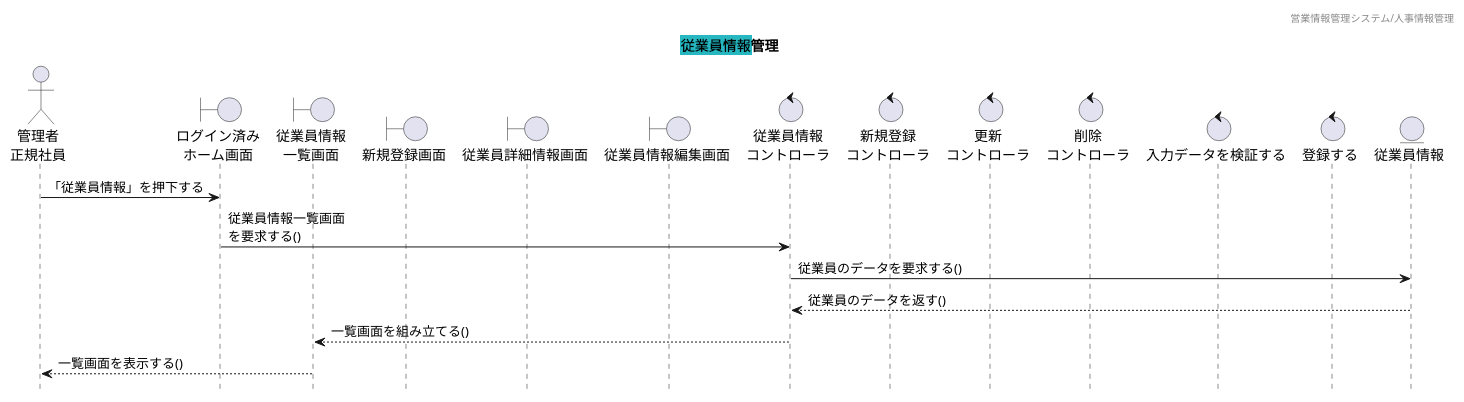
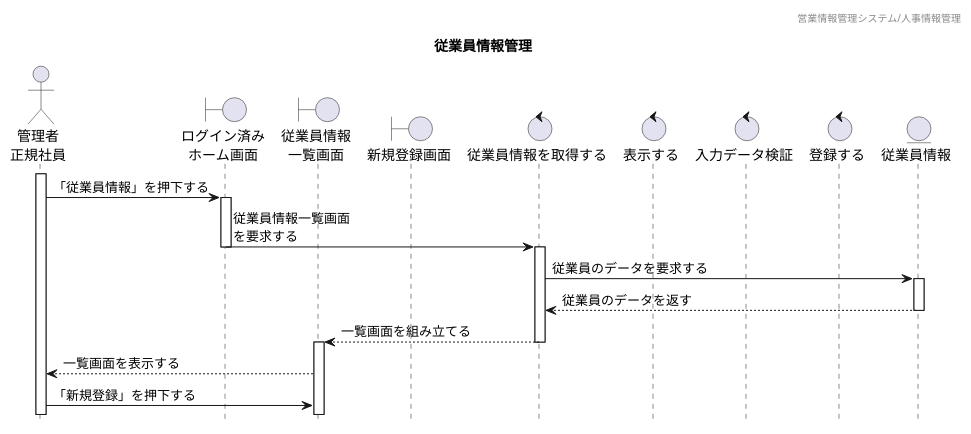
The diagram in 各種設計書/4シーケンス図/管理者-人事_一覧参照.plantuml (HaruShim/Sotuken), drawn with PlantUML before and after one commit.

```diff
--- a/各種設計書/4シーケンス図/管理者-人事_一覧参照.plantuml
+++ b/各種設計書/4シーケンス図/管理者-人事_一覧参照.plantuml
@@ -1,29 +1,37 @@
 @startuml シーケンス図
 
 hide footbox
 header 営業情報管理システム/人事情報管理
-title <back:#25b7c0>従業員情報</back>管理
+title 従業員情報管理
 
 actor "管理者\n正規社員" as Act
 boundary "ログイン済み\nホーム画面" as HomeSc
 boundary "従業員情報\n一覧画面" as StaffListSc
 boundary "新規登録画面" as RegiSc
-boundary "従業員詳細情報画面" as StaffSc
-boundary "従業員情報編集画面" as UpdateSc
-control "従業員情報\nコントローラ" as StaffCl
-control "新規登録\nコントローラ" as RegiCl
-control "更新\nコントローラ" as UpdateCl
-control "削除\nコントローラ" as DeleteCl
-control "入力データを検証する" as JudgeCl
-
-control "登録する" as Regi
+control "従業員情報を取得する" as StaffCl
+control "表示する" as ScCl
+control "入力データ検証" as JudgeCl
+control "登録する" as RegiCl
 entity "従業員情報" as StaffDB
 
+
+activate Act
 Act -> HomeSc : 「従業員情報」を押下する
-HomeSc -> StaffCl : 従業員情報一覧画面\nを要求する()
-StaffCl -> StaffDB : 従業員のデータを要求する()
-StaffCl <-- StaffDB : 従業員のデータを返す()
-StaffListSc <-- StaffCl : 一覧画面を組み立てる()
-Act <-- StaffListSc : 一覧画面を表示する()
+activate HomeSc
+HomeSc -> StaffCl : 従業員情報一覧画面\nを要求する
+deactivate
+activate StaffCl
+
+StaffCl -> StaffDB : 従業員のデータを要求する
+activate StaffDB
+StaffCl <-- StaffDB : 従業員のデータを返す
+deactivate
+StaffListSc <-- StaffCl : 一覧画面を組み立てる
+deactivate
+activate StaffListSc
+Act <-- StaffListSc : 一覧画面を表示する
+Act -> StaffListSc : 「新規登録」を押下する
+
+
 
 @enduml
```
